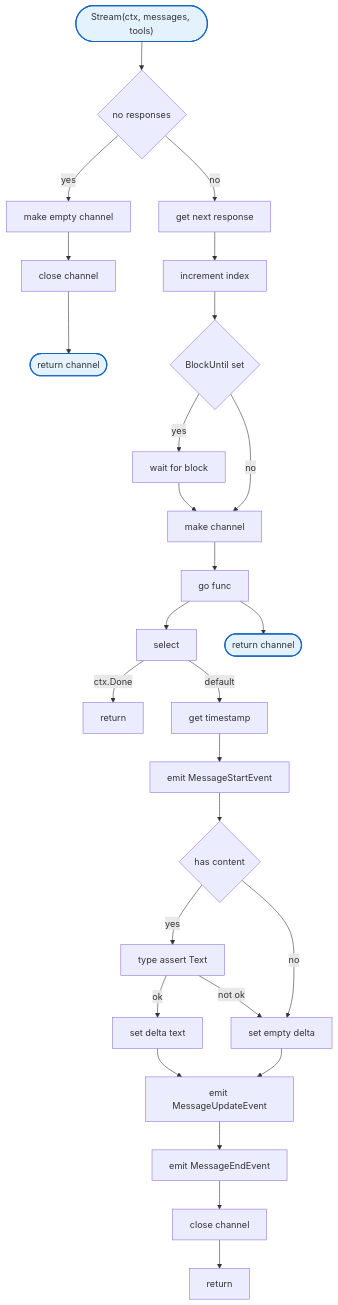
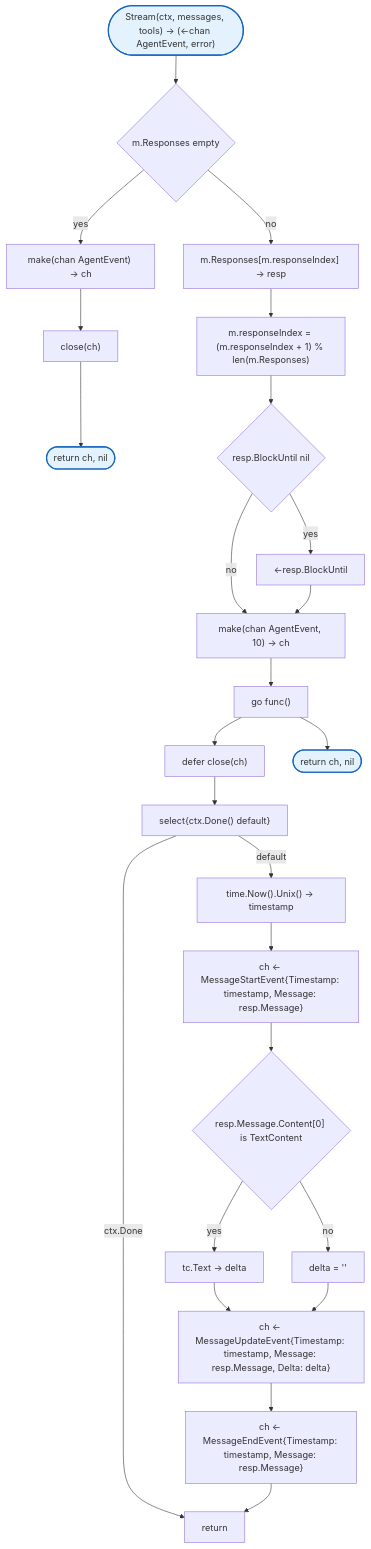
The first of 6 diagrams in docs/internal/agent/mock.md (radch-ai/ava), drawn with Mermaid before and after one commit. The commit also changed other lines of this file and 23 other files, not shown here.

First line of the commit message:
docs: replace Functions sections with separate flowcharts for each function

````diff
--- a/docs/internal/agent/mock.md
+++ b/docs/internal/agent/mock.md
@@ -7,33 +7,32 @@
 ```mermaid
 flowchart TB
-    Start(["Stream(ctx, messages, tools)"]) --> CheckLen{no responses}
-    CheckLen -->|yes| CreateEmptyCh["make empty channel"]
-    CreateEmptyCh --> CloseEmpty["close channel"]
-    CloseEmpty --> ReturnEmpty(["return channel"])
-    CheckLen -->|no| GetResp["get next response"]
-    GetResp --> IncIndex["increment index"]
-    IncIndex --> CheckBlock{BlockUntil set}
-    CheckBlock -->|yes| Wait["wait for block"]
-    CheckBlock -->|no| CreateCh["make channel"]
-    Wait --> CreateCh
-    CreateCh --> Goroutine["go func"]
-    Goroutine --> CheckCtx1["select"]
-    CheckCtx1 -->|ctx.Done| Return1["return"]
-    CheckCtx1 -->|default| GetTime["get timestamp"]
-    GetTime --> EmitStart["emit MessageStartEvent"]
-    EmitStart --> CheckText{has content}
-    CheckText -->|yes| TypeAssert["type assert Text"]
-    CheckText -->|no| SetDelta["set empty delta"]
-    TypeAssert -->|ok| SetDelta1["set delta text"]
-    TypeAssert -->|not ok| SetDelta
-    SetDelta1 --> EmitUpdate["emit MessageUpdateEvent"]
+    Start(["Stream(ctx, messages, tools) → (<-chan AgentEvent, error)"]) --> CheckLen{"m.Responses empty"}
+    CheckLen -->|yes| MakeEmptyCh["make(chan AgentEvent) → ch"]
+    MakeEmptyCh --> CloseEmpty["close(ch)"]
+    CloseEmpty --> ReturnEmpty(["return ch, nil"])
+    CheckLen -->|no| GetResp["m.Responses[m.responseIndex] → resp"]
+    GetResp --> IncIndex["m.responseIndex = (m.responseIndex + 1) % len(m.Responses)"]
+    IncIndex --> CheckBlock{"resp.BlockUntil nil"}
+    CheckBlock -->|yes| Wait["<-resp.BlockUntil"]
+    CheckBlock -->|no| MakeCh
+    Wait --> MakeCh["make(chan AgentEvent, 10) → ch"]
+    MakeCh --> Goroutine["go func()"]
+    Goroutine --> DeferClose["defer close(ch)"]
+    DeferClose --> SelectCtx["select{ctx.Done() default}"]
+    SelectCtx -->|ctx.Done| ReturnFunc["return"]
+    SelectCtx -->|default| GetTimestamp["time.Now().Unix() → timestamp"]
+    GetTimestamp --> EmitStart["ch <- MessageStartEvent{Timestamp: timestamp, Message: resp.Message}"]
+    EmitStart --> ExtractDelta{"resp.Message.Content[0] is TextContent"}
+    ExtractDelta -->|yes| SetDelta["tc.Text → delta"]
+    ExtractDelta -->|no| SetEmptyDelta["delta = ''"]
     SetDelta --> EmitUpdate
-    EmitUpdate --> EmitEnd["emit MessageEndEvent"]
-    EmitEnd --> CloseCh["close channel"]
-    CloseCh --> Return2["return"]
-    Goroutine --> ReturnCh(["return channel"])
+    SetEmptyDelta --> EmitUpdate["ch <- MessageUpdateEvent{Timestamp: timestamp, Message: resp.Message, Delta: delta}"]
+    EmitUpdate --> EmitEnd["ch <- MessageEndEvent{Timestamp: timestamp, Message: resp.Message}"]
+    EmitEnd --> ReturnFunc
+    Goroutine --> Return(["return ch, nil"])
 
     classDef mainFn fill:#e3f2fd,stroke:#1565c0,stroke-width:2px
+    classDef internalFn fill:#f3e5f5,stroke:#6a1b9a,stroke-width:2px,stroke-dasharray:6 3
 
-    class Start,ReturnEmpty,ReturnCh mainFn
+    class Start,ReturnEmpty,Return mainFn
 ```
````
